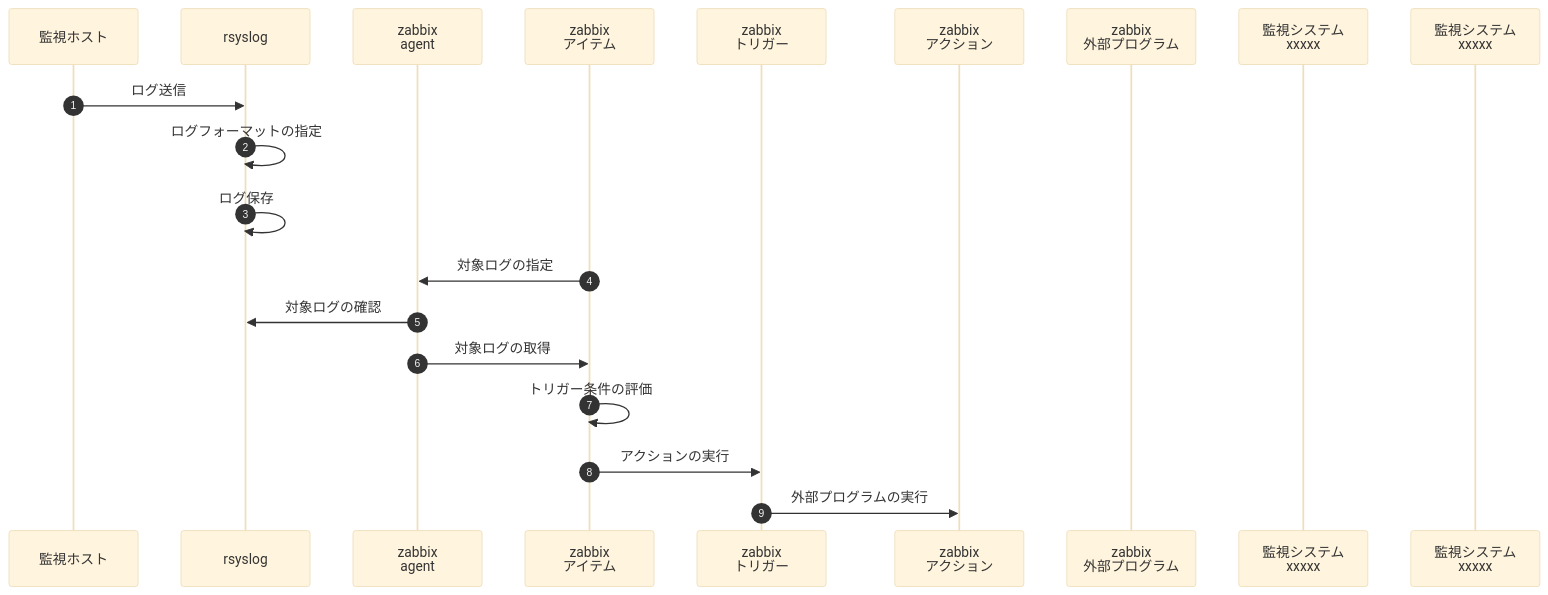
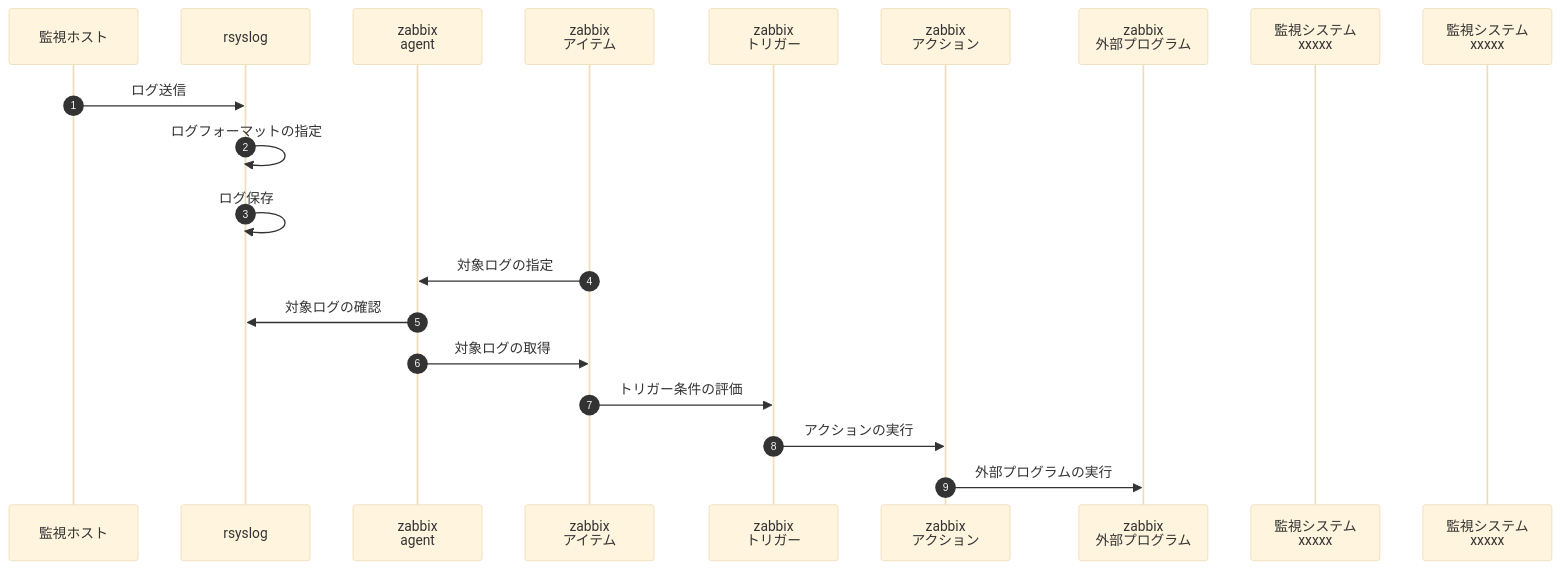
One commit to panda-git-hub/handbook changed the second of 2 diagrams in README.md. Above: the diagram before and after it, drawn with Mermaid (base theme).

````diff
--- a/README.md
+++ b/README.md
@@ -21,22 +21,22 @@
 ```mermaid
 sequenceDiagram
   autonumber
   participant A as 監視ホスト
   participant B as rsyslog
   participant C as zabbix<br>agent
   participant D as zabbix<br>アイテム
   participant E as zabbix<br>トリガー
   participant F as zabbix<br>アクション
   participant G as zabbix<br>外部プログラム
   participant H as 監視システム<br>xxxxx
   participant I as 監視システム<br>xxxxx
   A->>B: ログ送信
   B->>B: ログフォーマットの指定
   B->>B: ログ保存
   D->>C: 対象ログの指定
   C->>B: 対象ログの確認
   C->>D: 対象ログの取得
-  D->>D: トリガー条件の評価
-  D->>E: アクションの実行
-  E->>F: 外部プログラムの実行
+  D->>E: トリガー条件の評価
+  E->>F: アクションの実行
+  F->>G: 外部プログラムの実行
 ```
````
